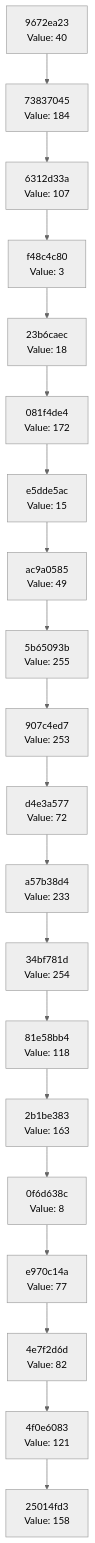
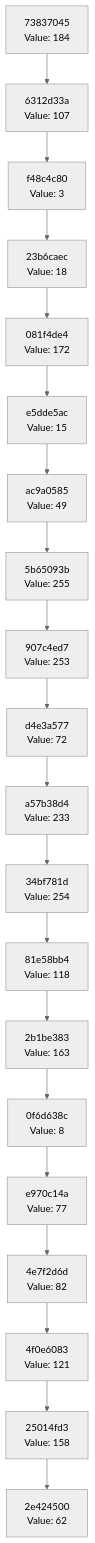
Before and after one commit to Abhisheksinha1506/hash-chain-evolver: the diagram in docs/CHAIN_VISUALIZATION.md, drawn with Mermaid (neutral theme). The commit also changed 2 other files, not shown here.

Commit message:
Evolution step: hash 0x3E → action executed

````diff
--- a/docs/CHAIN_VISUALIZATION.md
+++ b/docs/CHAIN_VISUALIZATION.md
@@ -3,42 +3,42 @@
 ```mermaid
 graph TD
-    C0["25014fd3<br/>Value: 158"]
-    C1["4f0e6083<br/>Value: 121"]
+    C0["2e424500<br/>Value: 62"]
+    C1["25014fd3<br/>Value: 158"]
     C1 --> C0
-    C2["4e7f2d6d<br/>Value: 82"]
+    C2["4f0e6083<br/>Value: 121"]
     C2 --> C1
-    C3["e970c14a<br/>Value: 77"]
+    C3["4e7f2d6d<br/>Value: 82"]
     C3 --> C2
-    C4["0f6d638c<br/>Value: 8"]
+    C4["e970c14a<br/>Value: 77"]
     C4 --> C3
-    C5["2b1be383<br/>Value: 163"]
+    C5["0f6d638c<br/>Value: 8"]
     C5 --> C4
-    C6["81e58bb4<br/>Value: 118"]
+    C6["2b1be383<br/>Value: 163"]
     C6 --> C5
-    C7["34bf781d<br/>Value: 254"]
+    C7["81e58bb4<br/>Value: 118"]
     C7 --> C6
-    C8["a57b38d4<br/>Value: 233"]
+    C8["34bf781d<br/>Value: 254"]
     C8 --> C7
-    C9["d4e3a577<br/>Value: 72"]
+    C9["a57b38d4<br/>Value: 233"]
     C9 --> C8
-    C10["907c4ed7<br/>Value: 253"]
+    C10["d4e3a577<br/>Value: 72"]
     C10 --> C9
-    C11["5b65093b<br/>Value: 255"]
+    C11["907c4ed7<br/>Value: 253"]
     C11 --> C10
-    C12["ac9a0585<br/>Value: 49"]
+    C12["5b65093b<br/>Value: 255"]
     C12 --> C11
-    C13["e5dde5ac<br/>Value: 15"]
+    C13["ac9a0585<br/>Value: 49"]
     C13 --> C12
-    C14["081f4de4<br/>Value: 172"]
+    C14["e5dde5ac<br/>Value: 15"]
     C14 --> C13
-    C15["23b6caec<br/>Value: 18"]
+    C15["081f4de4<br/>Value: 172"]
     C15 --> C14
-    C16["f48c4c80<br/>Value: 3"]
+    C16["23b6caec<br/>Value: 18"]
     C16 --> C15
-    C17["6312d33a<br/>Value: 107"]
+    C17["f48c4c80<br/>Value: 3"]
     C17 --> C16
-    C18["73837045<br/>Value: 184"]
+    C18["6312d33a<br/>Value: 107"]
     C18 --> C17
-    C19["9672ea23<br/>Value: 40"]
+    C19["73837045<br/>Value: 184"]
     C19 --> C18
 ```
````
